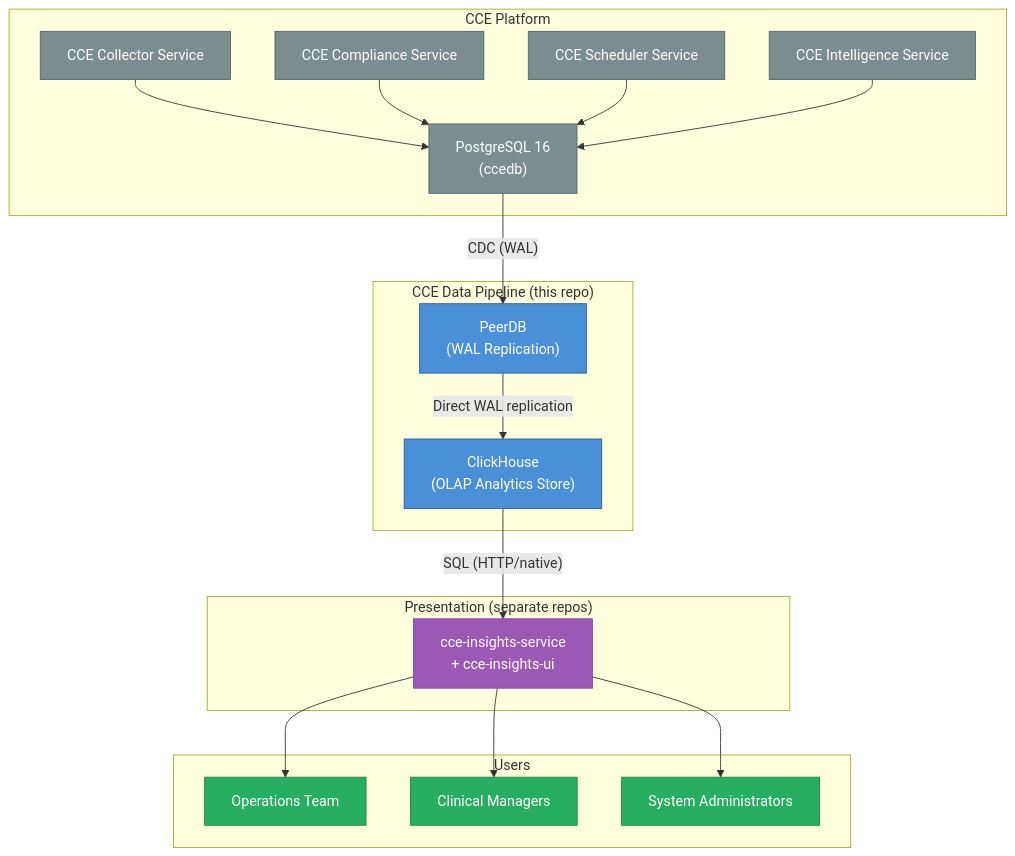
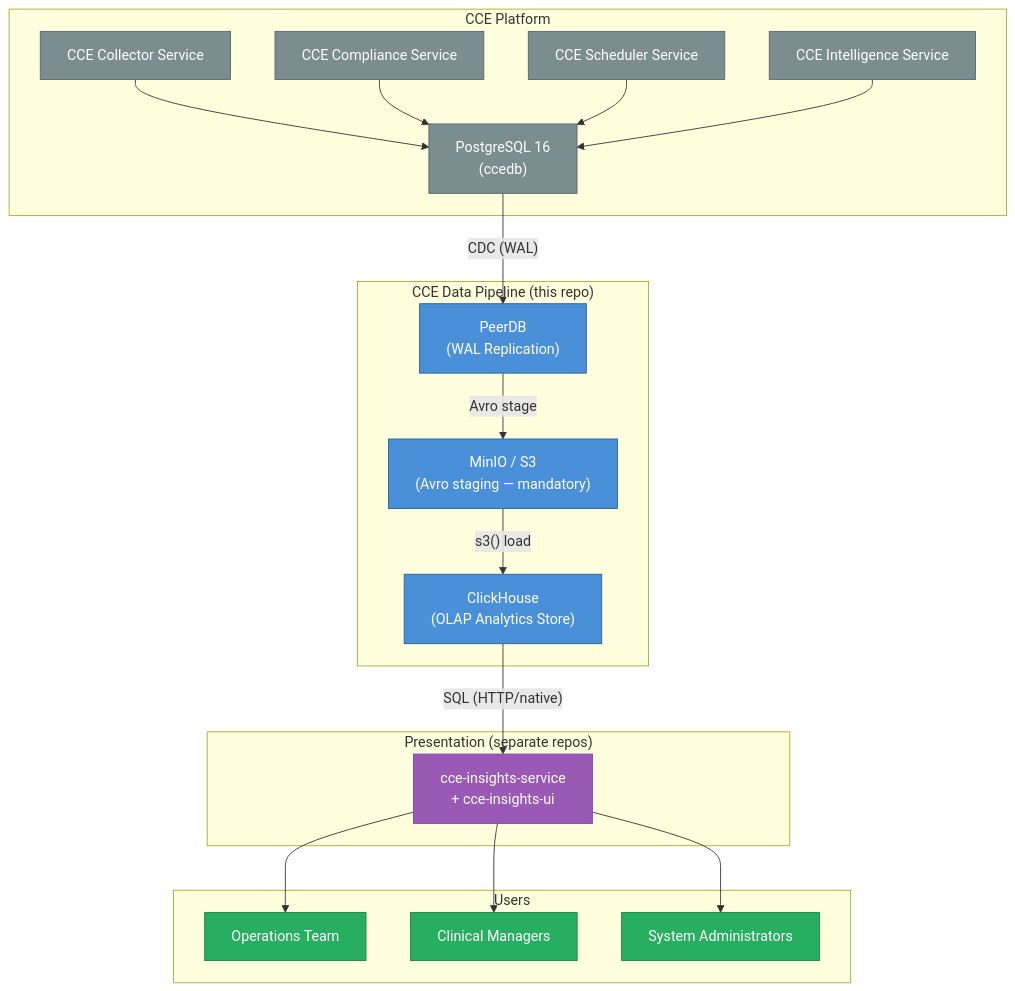
Before and after one commit to Jayaprakash8887/cce-data-pipeline: the first of 2 diagrams in docs/architecture-overview.md, drawn with Mermaid. The commit also changed other lines of this file and 1 other file, not shown here.

````diff
--- a/docs/architecture-overview.md
+++ b/docs/architecture-overview.md
@@ -5,48 +5,50 @@
 ```mermaid
 graph TB
     subgraph Existing["CCE Platform"]
         COLLECTOR["CCE Collector Service"]
         COMPLIANCE["CCE Compliance Service"]
         SCHEDULER["CCE Scheduler Service"]
         INTELLIGENCE["CCE Intelligence Service"]
         PG["PostgreSQL 16<br/>(ccedb)"]
     end
 
     subgraph Pipeline["CCE Data Pipeline (this repo)"]
         PEERDB["PeerDB<br/>(WAL Replication)"]
+        MINIO["MinIO / S3<br/>(Avro staging — mandatory)"]
         CLICKHOUSE["ClickHouse<br/>(OLAP Analytics Store)"]
     end
 
     subgraph Presentation["Presentation (separate repos)"]
         INSIGHTS["cce-insights-service<br/>+ cce-insights-ui"]
     end
 
     subgraph Users
         OPS["Operations Team"]
         CLINICAL["Clinical Managers"]
         ADMIN["System Administrators"]
     end
 
     COLLECTOR --> PG
     COMPLIANCE --> PG
     SCHEDULER --> PG
     INTELLIGENCE --> PG
 
     PG -->|"CDC (WAL)"| PEERDB
-    PEERDB -->|"Direct WAL replication"| CLICKHOUSE
+    PEERDB -->|"Avro stage"| MINIO
+    MINIO -->|"s3() load"| CLICKHOUSE
     CLICKHOUSE -->|"SQL (HTTP/native)"| INSIGHTS
 
     INSIGHTS --> OPS
     INSIGHTS --> CLINICAL
     INSIGHTS --> ADMIN
 
     classDef existing fill:#7B8D8E,stroke:#566573,color:white
     classDef pipeline fill:#4A90D9,stroke:#2C5F8A,color:white
     classDef presentation fill:#9B59B6,stroke:#8E44AD,color:white
     classDef users fill:#27AE60,stroke:#1E8449,color:white
 
     class COLLECTOR,COMPLIANCE,SCHEDULER,INTELLIGENCE,PG existing
-    class PEERDB,CLICKHOUSE pipeline
+    class PEERDB,MINIO,CLICKHOUSE pipeline
     class INSIGHTS presentation
     class OPS,CLINICAL,ADMIN users
 ```
````
